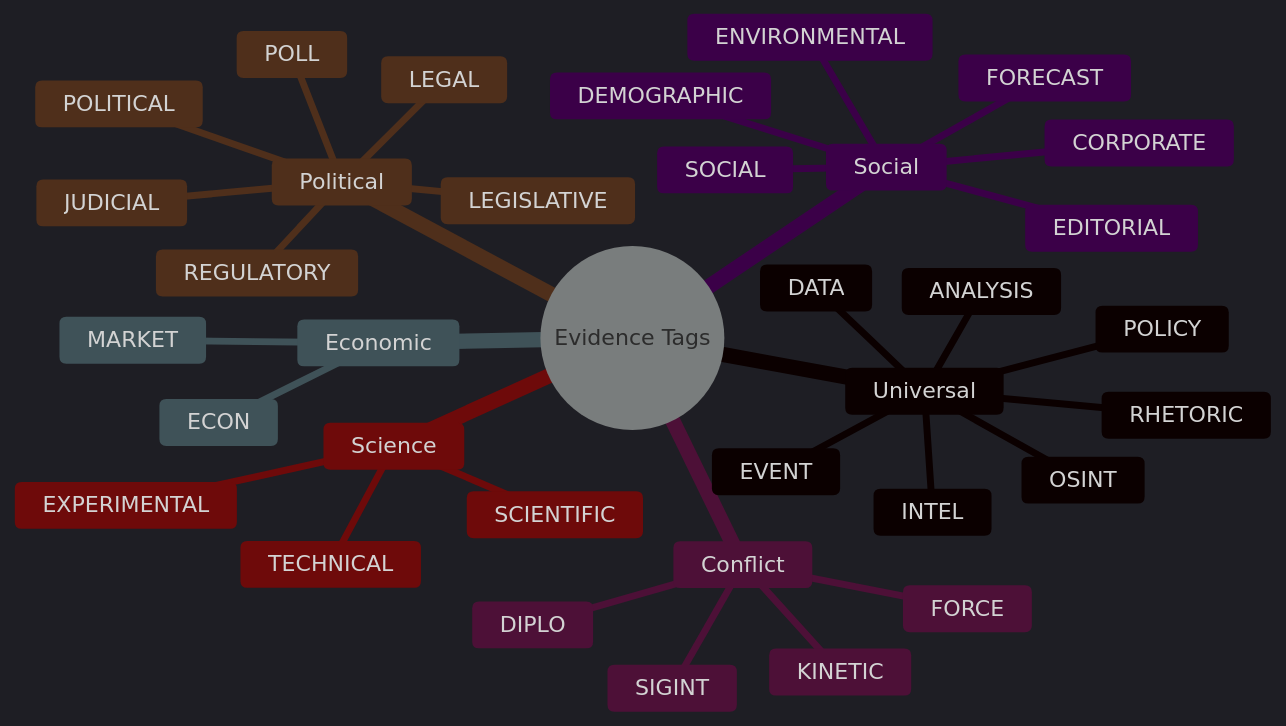
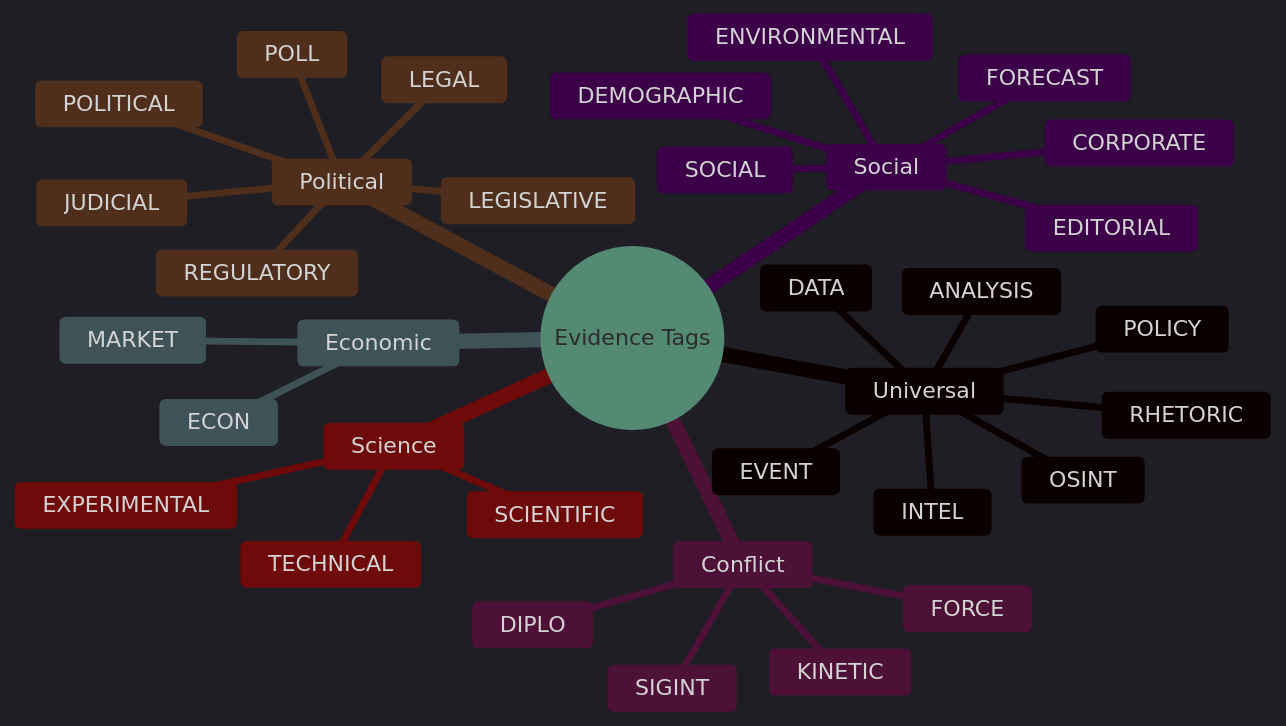
The fourth of 4 diagrams in README.md (lastnpcalex/nrol-alpha-omega), drawn with Mermaid before and after one commit.

Commit message:
fix: Mindmap node colors for dark mode readability
Override Mermaid theme variables so leaf nodes use dark blue/green/amber
backgrounds with light text instead of black-on-black.

````diff
--- a/README.md
+++ b/README.md
@@ -211,39 +211,39 @@
 ```mermaid
-%%{init: {'theme': 'dark'}}%%
+%%{init: {'theme': 'dark', 'themeVariables': {'primaryColor': '#1e3a5f', 'primaryTextColor': '#e2e8f0', 'primaryBorderColor': '#3b82f6', 'secondaryColor': '#2d4a3e', 'tertiaryColor': '#4a3a2a', 'noteTextColor': '#e2e8f0', 'noteBkgColor': '#1e293b'}}}%%
 mindmap
   root((Evidence Tags))
     Universal
       EVENT
       DATA
       RHETORIC
       INTEL
       ANALYSIS
       OSINT
       POLICY
     Conflict
       KINETIC
       FORCE
       DIPLO
       SIGINT
     Economic
       ECON
       MARKET
     Political
       POLITICAL
       POLL
       LEGAL
       REGULATORY
       JUDICIAL
       LEGISLATIVE
     Science
       SCIENTIFIC
       EXPERIMENTAL
       TECHNICAL
     Social
       CORPORATE
       DEMOGRAPHIC
       SOCIAL
       ENVIRONMENTAL
       EDITORIAL
       FORECAST
 ```
````
